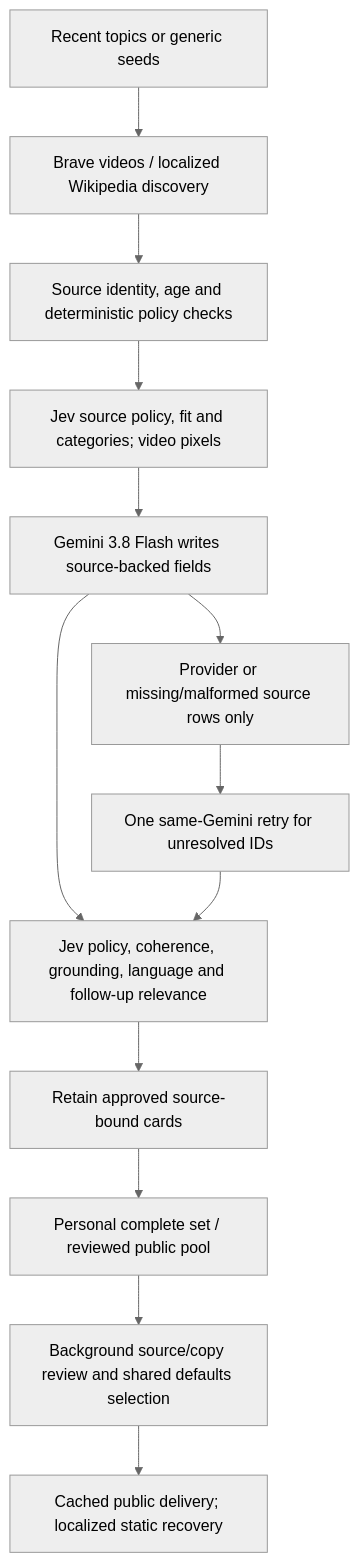
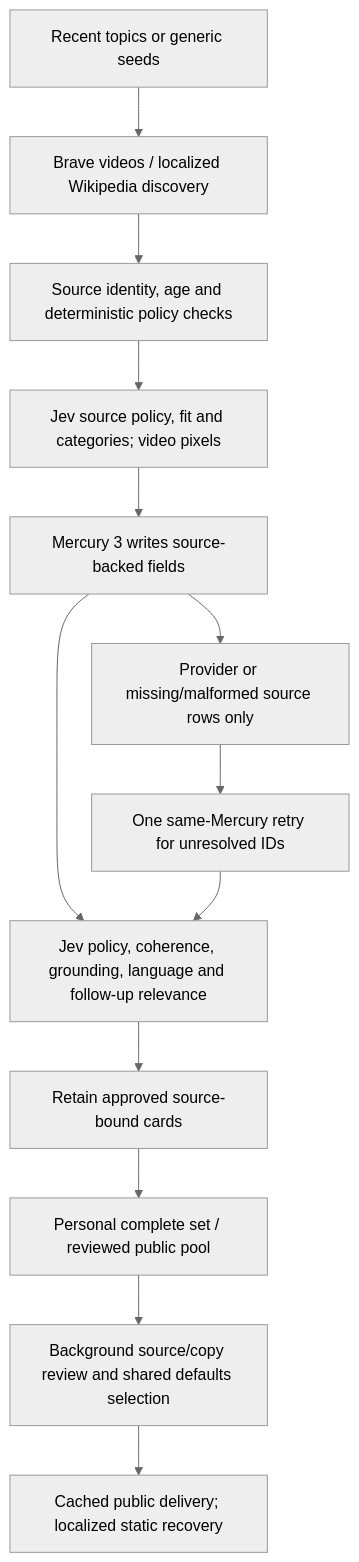
The diagram in docs/architecture/frontend/daily-inspiration.md (glowingkitty/OpenMates), drawn with Mermaid (neutral theme) before and after one commit. The commit also changed other lines of this file and 24 other files, not shown here.

````diff
--- a/docs/architecture/frontend/daily-inspiration.md
+++ b/docs/architecture/frontend/daily-inspiration.md
@@ -189,15 +193,15 @@
 ```mermaid
 flowchart TD
     A[Recent topics or generic seeds] --> B[Brave videos / localized Wikipedia discovery]
     B --> C[Source identity, age and deterministic policy checks]
     C --> D[Jev source policy, fit and categories; video pixels]
-    D --> E[Gemini 3.8 Flash writes source-backed fields]
+    D --> E[Mercury 3 writes source-backed fields]
     E --> F[Jev policy, coherence, grounding, language and follow-up relevance]
     F --> G[Retain approved source-bound cards]
     E --> H[Provider or missing/malformed source rows only]
-    H --> I[One same-Gemini retry for unresolved IDs]
+    H --> I[One same-Mercury retry for unresolved IDs]
     I --> F
     G --> J[Personal complete set / reviewed public pool]
     J --> K[Background source/copy review and shared defaults selection]
     K --> L[Cached public delivery; localized static recovery]
 ```
````
